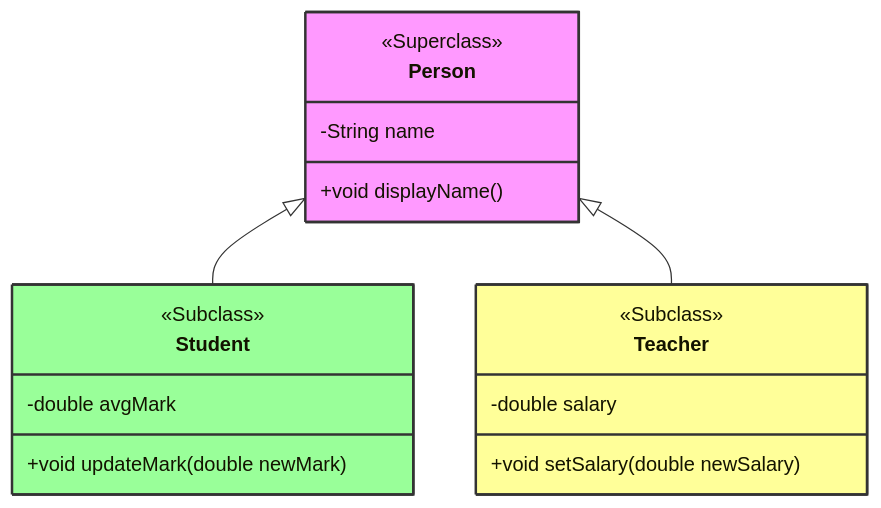
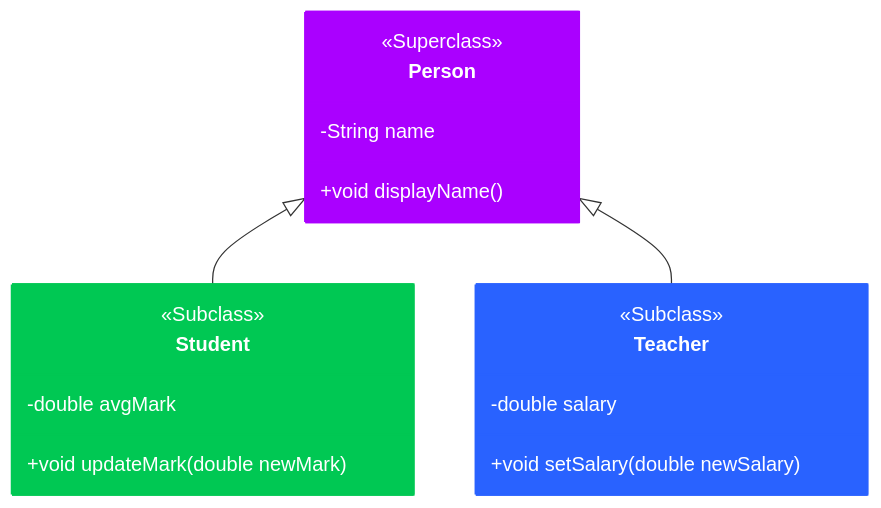
One commit to uandersonferreira/java-oracle-course changed the fourth of 5 diagrams in src/br/com/uanderson/java-oracle-section-01.md. Above: the diagram before and after it, drawn with Mermaid. The commit also changed other lines of this file and 43 other files, not shown here.

````diff
--- a/src/br/com/uanderson/java-oracle-section-01.md
+++ b/src/br/com/uanderson/java-oracle-section-01.md
@@ -645,34 +646,34 @@
   ```mermaid
   classDiagram
     class Person {
         -String name
         +void displayName()
     }
     class Student {
         -double avgMark
         +void updateMark(double newMark)
     }
     class Teacher {
         -double salary
         +void setSalary(double newSalary)
     }
 
     Person <|-- Student
     Person <|-- Teacher
 
     class Person {
         <<Superclass>>
     }
 
     class Student {
         <<Subclass>>
     }
 
     class Teacher {
         <<Subclass>>
     }
 
-    style Person fill:#f9f,stroke:#333,stroke-width:2px;
-    style Student fill:#9f9,stroke:#333,stroke-width:2px;
-    style Teacher fill:#ff9,stroke:#333,stroke-width:2px;
+    style Person color:#FFFFFF, fill:#AA00FF, stroke:#AA00FF,stroke-width:2px;
+    style Student color:#FFFFFF, stroke:#00C853, fill:#00C853,stroke-width:2px;
+    style Teacher color:#FFFFFF, stroke:#2962FF, fill:#2962FF,stroke-width:2px;
   ```
````
